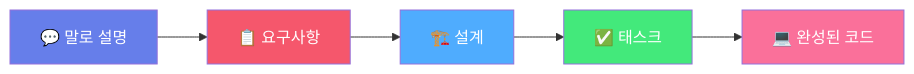
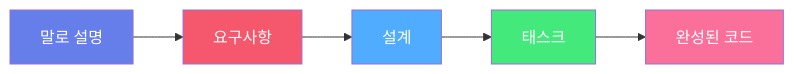
One commit to rornfdlek/kiro-workshop-gsretail-gitbook changed the diagram in summary/README.md. Above: the diagram before and after it, drawn with Mermaid. The commit also changed 6 other files, not shown here.

First line of the commit message:
Fix Mermaid diagrams and SVG image sizing for GitBook

````diff
--- a/summary/README.md
+++ b/summary/README.md
@@ -26,13 +26,13 @@
 ```mermaid
 graph LR
-    A["💬 말로 설명"] --> B["📋 요구사항"]
-    B --> C["🏗️ 설계"]
-    C --> D["✅ 태스크"]
-    D --> E["💻 완성된 코드"]
+    A["말로 설명"] --> B["요구사항"]
+    B --> C["설계"]
+    C --> D["태스크"]
+    D --> E["완성된 코드"]
 
     style A fill:#667eea,color:#fff
     style B fill:#f5576c,color:#fff
     style C fill:#4facfe,color:#fff
     style D fill:#43e97b,color:#fff
     style E fill:#fa709a,color:#fff
 ```
````
